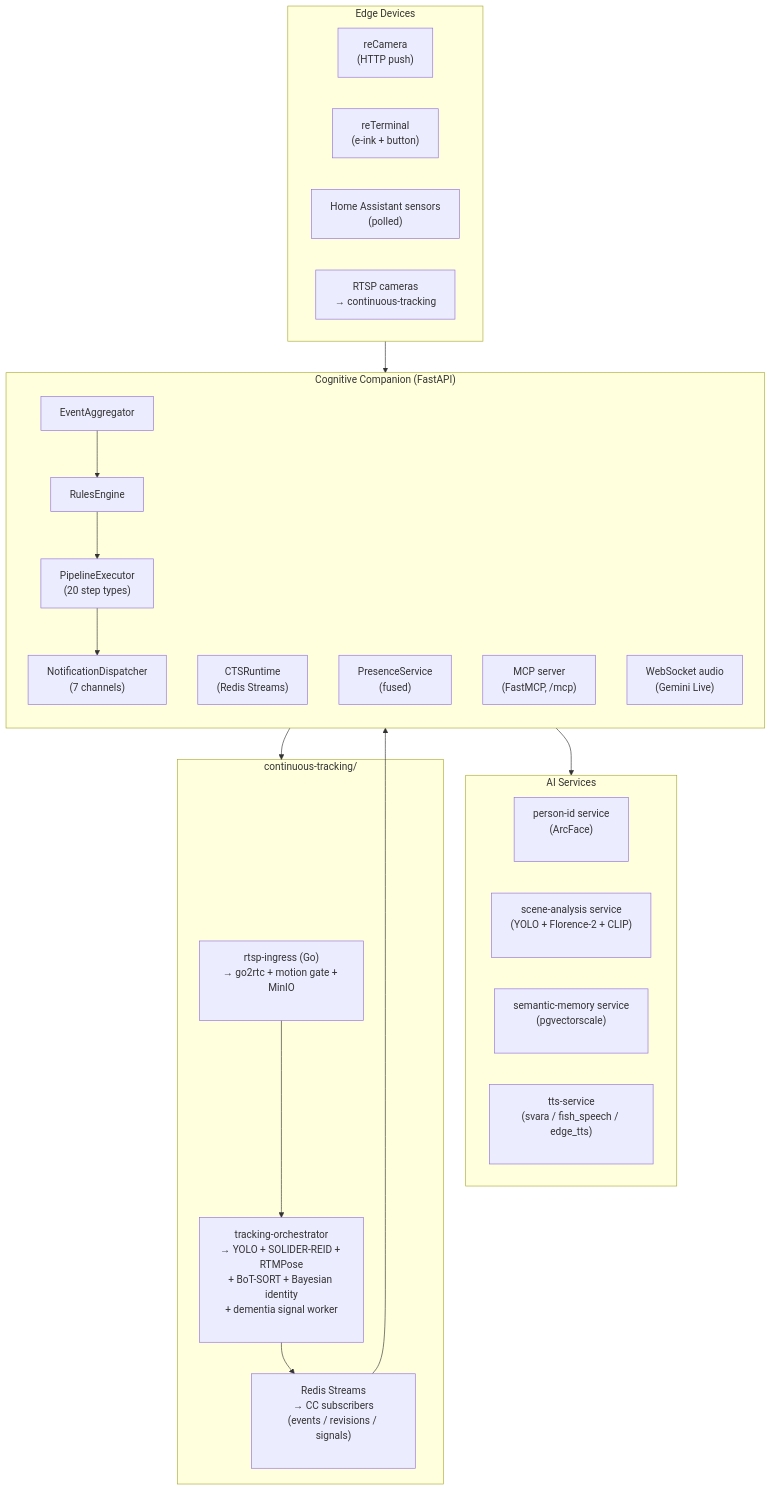
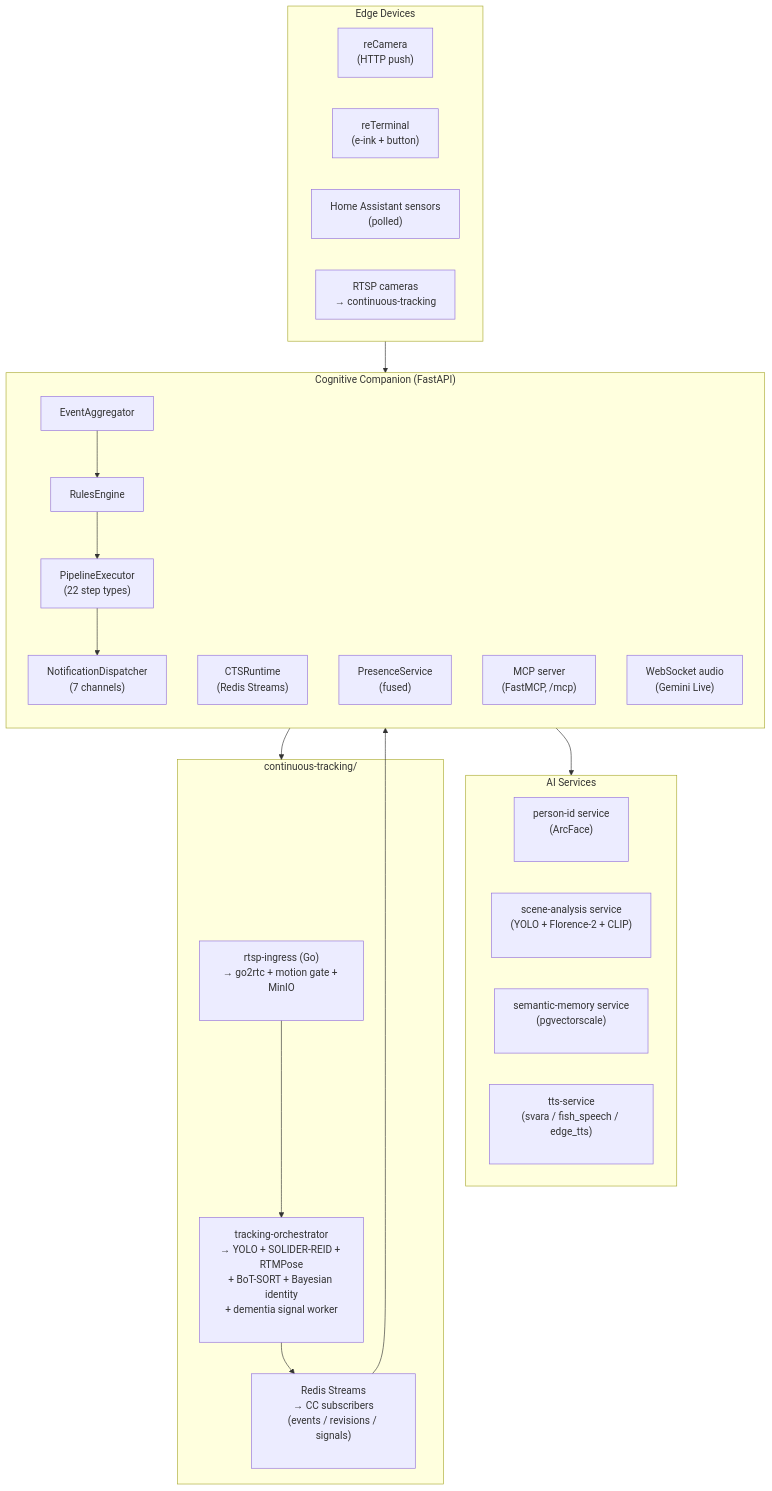
The diagram in docs/guide/introduction.md (SilverMind-Project/SilverMind-Project.github.io), drawn with Mermaid before and after one commit. The commit also changed other lines of this file and 4 other files, not shown here.

````diff
--- a/docs/guide/introduction.md
+++ b/docs/guide/introduction.md
@@ -26,41 +26,41 @@
 ```mermaid
 flowchart TB
     subgraph Edge["Edge Devices"]
         reCamera["reCamera<br/>(HTTP push)"]
         reTerminal["reTerminal<br/>(e-ink + button)"]
         HA["Home Assistant sensors<br/>(polled)"]
         RTSP["RTSP cameras<br/>→ continuous-tracking"]
     end
 
     subgraph CC["Cognitive Companion (FastAPI)"]
         direction TB
         Aggregator["EventAggregator"]
         RulesEngine["RulesEngine"]
-        Executor["PipelineExecutor<br/>(20 step types)"]
+        Executor["PipelineExecutor<br/>(22 step types)"]
         Dispatcher["NotificationDispatcher<br/>(7 channels)"]
         CTS["CTSRuntime<br/>(Redis Streams)"]
         Presence["PresenceService<br/>(fused)"]
         MCP["MCP server<br/>(FastMCP, /mcp)"]
         WS["WebSocket audio<br/>(Gemini Live)"]
         Aggregator --> RulesEngine --> Executor --> Dispatcher
     end
 
     subgraph Services["AI Services"]
         PersonID["person-id service<br/>(ArcFace)<br/>&nbsp;"]
         SceneAnalysis["scene-analysis service<br/>(YOLO + Florence-2 + CLIP)<br/>&nbsp;"]
         SemanticMemory["semantic-memory service<br/>(pgvectorscale)<br/>&nbsp;"]
         TTS["tts-service<br/>(svara / fish_speech / edge_tts)<br/>&nbsp;"]
     end
 
     subgraph CTS_["continuous-tracking/"]
         Ingress["rtsp-ingress (Go)<br/>→ go2rtc + motion gate + MinIO<br/>&nbsp;"]
         Orchestrator["tracking-orchestrator<br/>→ YOLO + SOLIDER-REID + RTMPose<br/>+ BoT-SORT + Bayesian identity<br/>+ dementia signal worker<br/>&nbsp;"]
         Redis["Redis Streams<br/>→ CC subscribers<br/>(events / revisions / signals)<br/>&nbsp;"]
         Ingress --> Orchestrator --> Redis
     end
 
     Edge --> CC
     CC --> Services
     CC --> CTS_
     Redis --> CC
 ```
````
